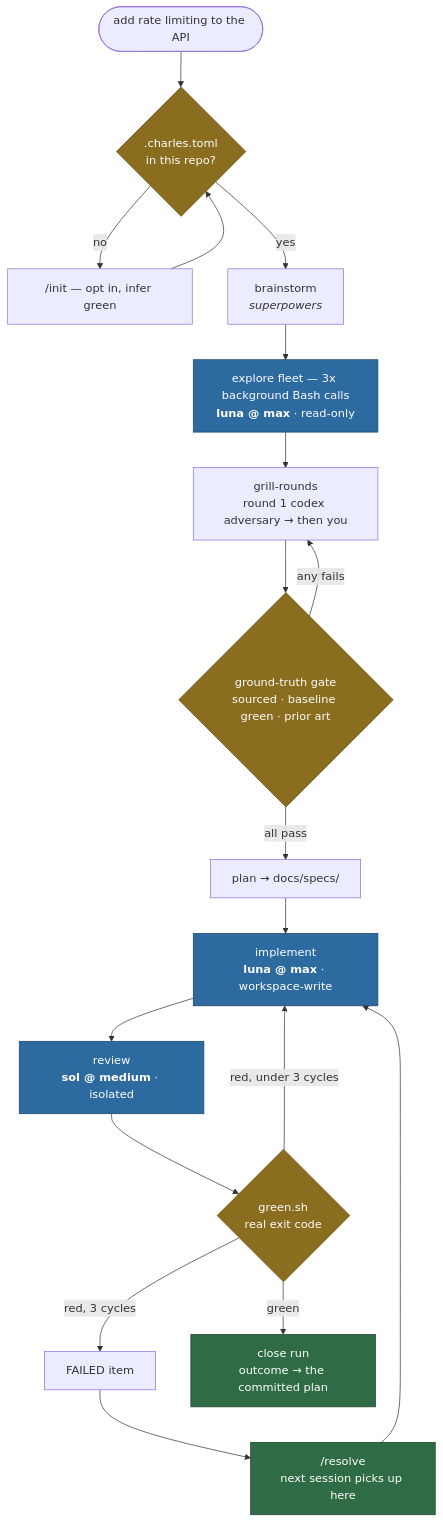
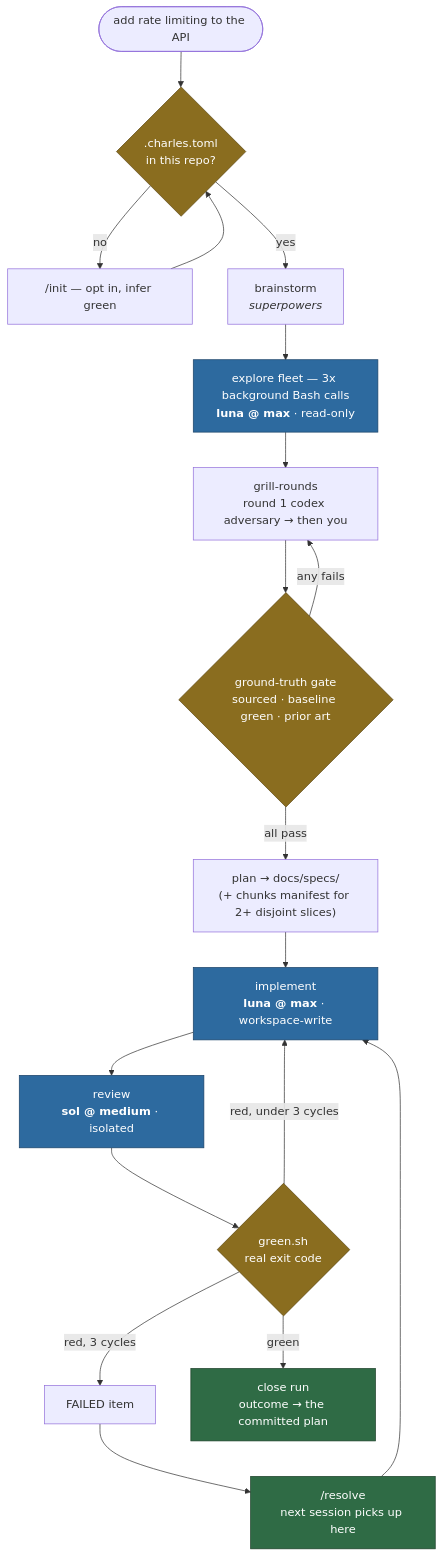
The first of 2 diagrams in README.md (charlesdr13/charlesdr-dev-loop), drawn with Mermaid before and after one commit. The commit also changed other lines of this file and 9 other files, not shown here.

````diff
--- a/README.md
+++ b/README.md
@@ -21,31 +21,31 @@
 ```mermaid
 flowchart TD
     REQ(["add rate limiting to the API"]) --> GATE{".charles.toml<br/>in this repo?"}
     GATE -->|no| INIT["/init — opt in, infer green"]
     INIT --> GATE
     GATE -->|yes| BRAIN["brainstorm<br/><i>superpowers</i>"]
 
     BRAIN --> EXP["explore fleet — 3x background Bash calls<br/><b>luna @ max</b> · read-only"]
     EXP --> GRILL["grill-rounds<br/>round 1 codex adversary → then you"]
     GRILL --> TRUTH{"ground-truth gate<br/>sourced · baseline green · prior art"}
     TRUTH -->|any fails| GRILL
-    TRUTH -->|all pass| PLAN["plan → docs/specs/"]
+    TRUTH -->|all pass| PLAN["plan → docs/specs/<br/>(+ chunks manifest for 2+ disjoint slices)"]
 
     PLAN --> IMPL["implement<br/><b>luna @ max</b> · workspace-write"]
     IMPL --> REV["review<br/><b>sol @ medium</b> · isolated"]
     REV --> GREEN{"green.sh<br/>real exit code"}
 
     GREEN -->|"red, under 3 cycles"| IMPL
     GREEN -->|"red, 3 cycles"| FAILED["FAILED item"]
     GREEN -->|green| CLOSE["close run<br/>outcome → the committed plan"]
 
     FAILED --> RESOLVE["/resolve<br/>next session picks up here"]
     RESOLVE --> IMPL
 
     classDef lane fill:#2d6a9f,stroke:#1b4368,color:#fff
     classDef gate fill:#8a6d1f,stroke:#5c4813,color:#fff
     classDef term fill:#2f6b45,stroke:#1c4029,color:#fff
     class EXP,IMPL,REV lane
     class GATE,TRUTH,GREEN gate
     class CLOSE,RESOLVE term
 ```
````
